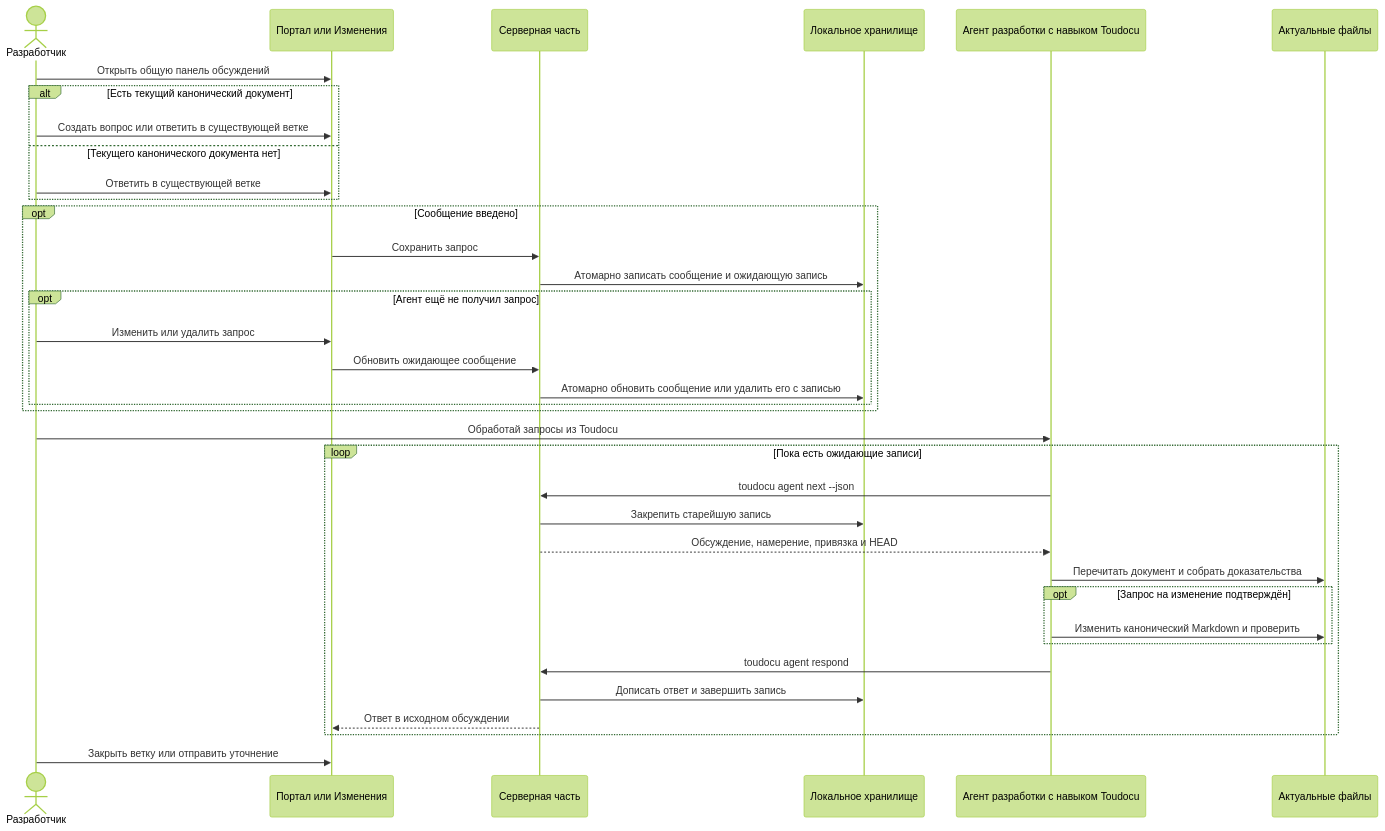
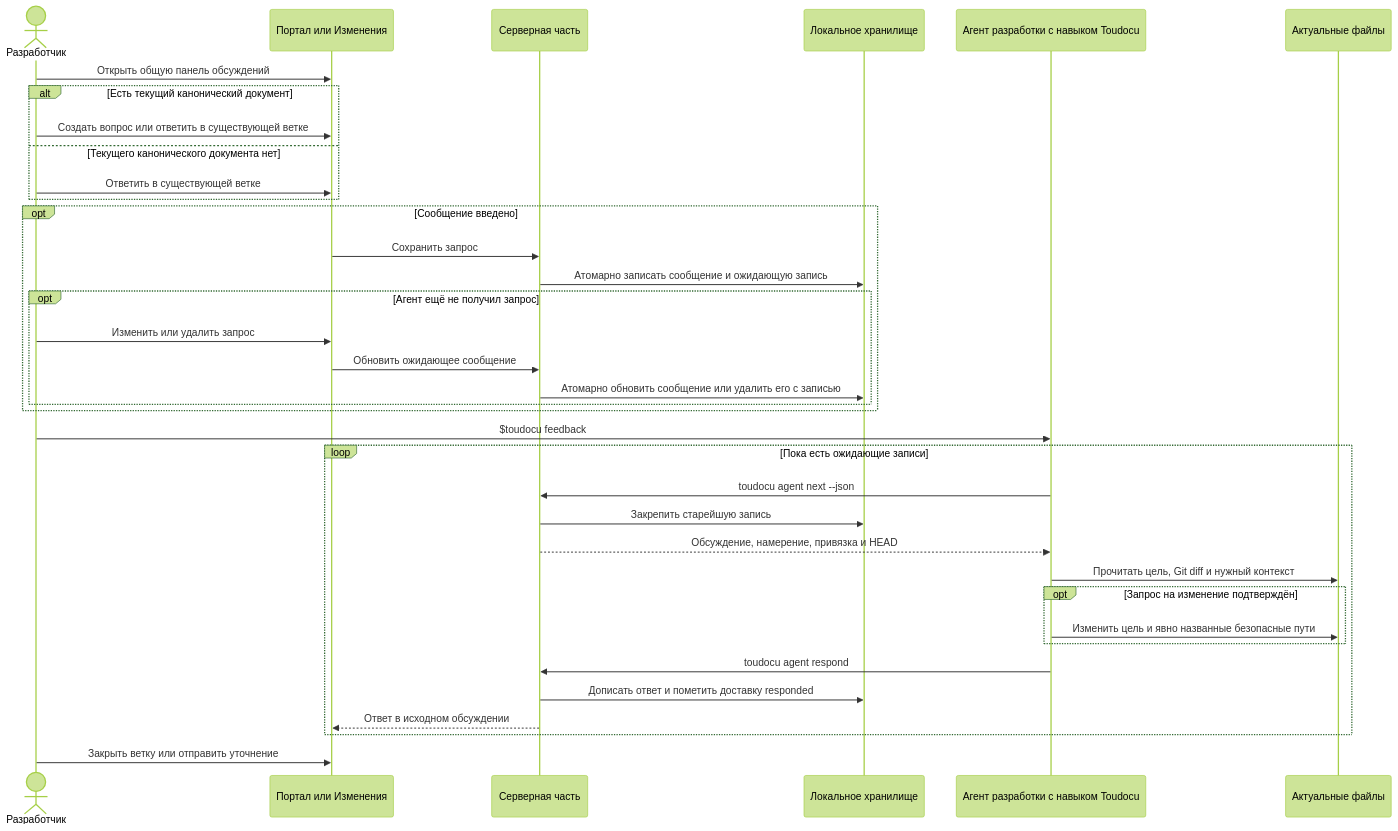
One commit to lumenikoly/toudocu changed the diagram in docs/flows/FLOW-AGENT-FEEDBACK.md. Above: the diagram before and after it, drawn with Mermaid (forest theme). The commit also changed other lines of this file and 96 other files, not shown here.

````diff
--- a/docs/flows/FLOW-AGENT-FEEDBACK.md
+++ b/docs/flows/FLOW-AGENT-FEEDBACK.md
@@ -10,39 +10,39 @@
 ```mermaid
 sequenceDiagram
     actor Human as Разработчик
     participant UI as Портал или Изменения
     participant Core as Серверная часть
     participant Store as Локальное хранилище
     participant Agent as Агент разработки с навыком Toudocu
     participant Files as Актуальные файлы
 
     Human->>UI: Открыть общую панель обсуждений
     alt Есть текущий канонический документ
         Human->>UI: Создать вопрос или ответить в существующей ветке
     else Текущего канонического документа нет
         Human->>UI: Ответить в существующей ветке
     end
     opt Сообщение введено
         UI->>Core: Сохранить запрос
         Core->>Store: Атомарно записать сообщение и ожидающую запись
         opt Агент ещё не получил запрос
             Human->>UI: Изменить или удалить запрос
             UI->>Core: Обновить ожидающее сообщение
             Core->>Store: Атомарно обновить сообщение или удалить его с записью
         end
     end
-    Human->>Agent: Обработай запросы из Toudocu
+    Human->>Agent: $toudocu feedback
     loop Пока есть ожидающие записи
         Agent->>Core: toudocu agent next --json
         Core->>Store: Закрепить старейшую запись
         Core-->>Agent: Обсуждение, намерение, привязка и HEAD
-        Agent->>Files: Перечитать документ и собрать доказательства
+        Agent->>Files: Прочитать цель, Git diff и нужный контекст
         opt Запрос на изменение подтверждён
-            Agent->>Files: Изменить канонический Markdown и проверить
+            Agent->>Files: Изменить цель и явно названные безопасные пути
         end
         Agent->>Core: toudocu agent respond
-        Core->>Store: Дописать ответ и завершить запись
+        Core->>Store: Дописать ответ и пометить доставку responded
         Core-->>UI: Ответ в исходном обсуждении
     end
     Human->>UI: Закрыть ветку или отправить уточнение
 ```
````
